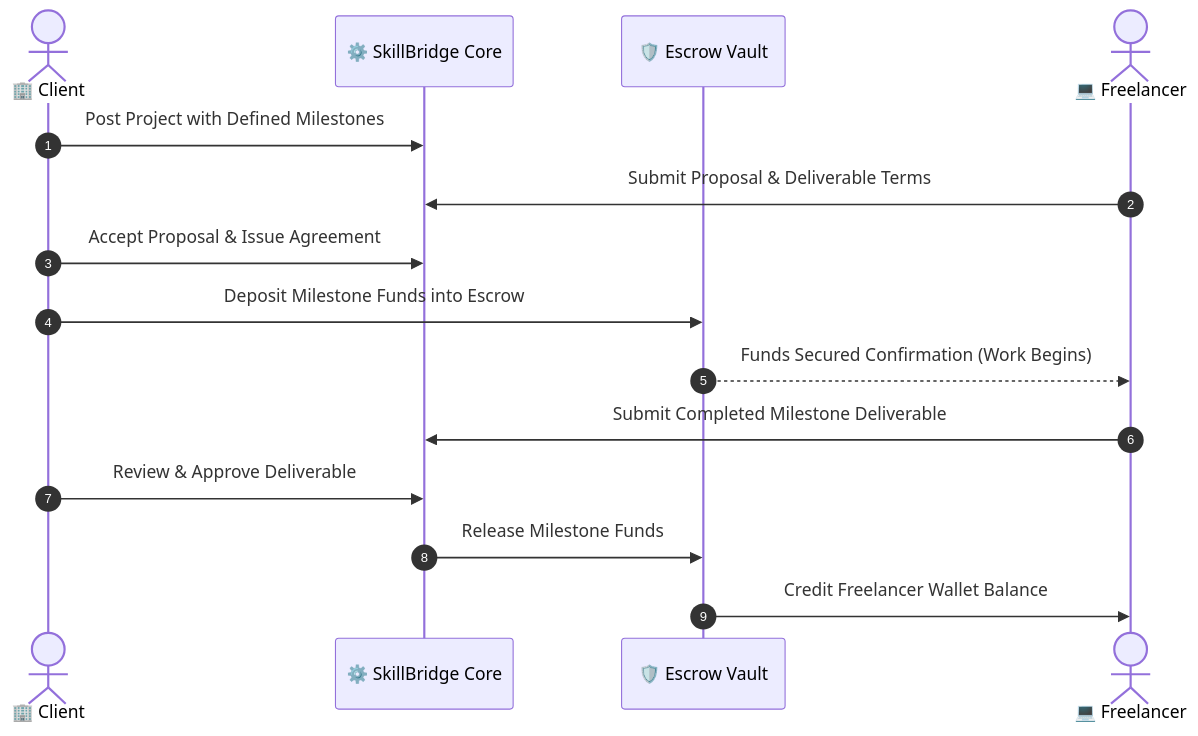
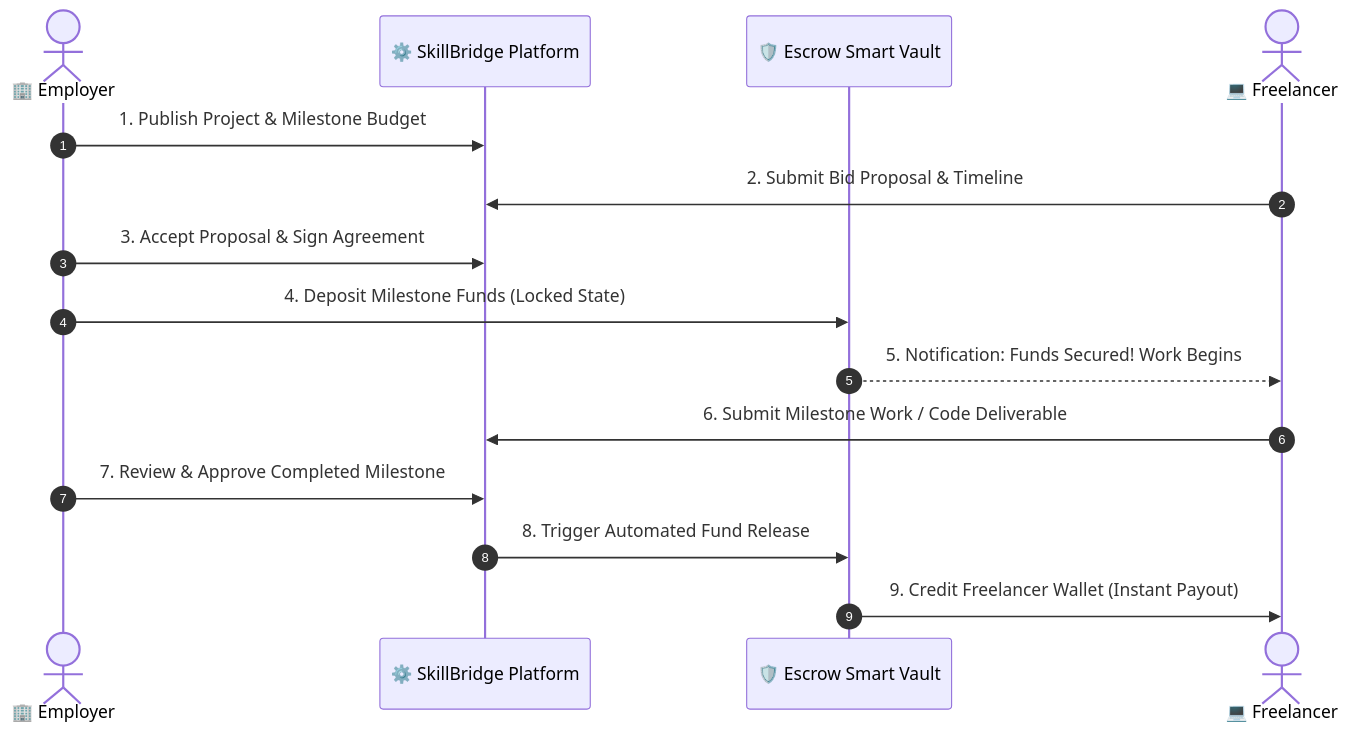
The second of 2 diagrams in README.md (MominRifat/Skillbridge-Project), drawn with Mermaid before and after one commit. The commit also changed other lines of this file, not shown here.

Commit message:
docs: enhance README with comprehensive tech stack, setup guide, and 2D/3D architecture

````diff
--- a/README.md
+++ b/README.md
@@ -70,18 +90,18 @@
 ```mermaid
 sequenceDiagram
     autonumber
-    actor Client as 🏢 Client
-    participant System as ⚙️ SkillBridge Core
-    participant Escrow as 🛡️ Escrow Vault
+    actor Client as 🏢 Employer
+    participant Platform as ⚙️ SkillBridge Platform
+    participant Escrow as 🛡️ Escrow Smart Vault
     actor Freelancer as 💻 Freelancer
 
-    Client->>System: Post Project with Defined Milestones
-    Freelancer->>System: Submit Proposal & Deliverable Terms
-    Client->>System: Accept Proposal & Issue Agreement
-    Client->>Escrow: Deposit Milestone Funds into Escrow
-    Escrow-->>Freelancer: Funds Secured Confirmation (Work Begins)
-    Freelancer->>System: Submit Completed Milestone Deliverable
-    Client->>System: Review & Approve Deliverable
-    System->>Escrow: Release Milestone Funds
-    Escrow->>Freelancer: Credit Freelancer Wallet Balance
+    Client->>Platform: 1. Publish Project & Milestone Budget
+    Freelancer->>Platform: 2. Submit Bid Proposal & Timeline
+    Client->>Platform: 3. Accept Proposal & Sign Agreement
+    Client->>Escrow: 4. Deposit Milestone Funds (Locked State)
+    Escrow-->>Freelancer: 5. Notification: Funds Secured! Work Begins
+    Freelancer->>Platform: 6. Submit Milestone Work / Code Deliverable
+    Client->>Platform: 7. Review & Approve Completed Milestone
+    Platform->>Escrow: 8. Trigger Automated Fund Release
+    Escrow->>Freelancer: 9. Credit Freelancer Wallet (Instant Payout)
 ```
````
